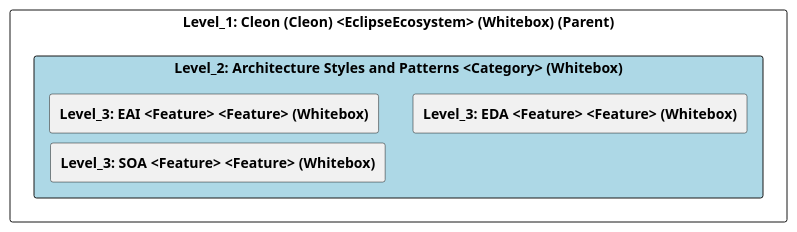
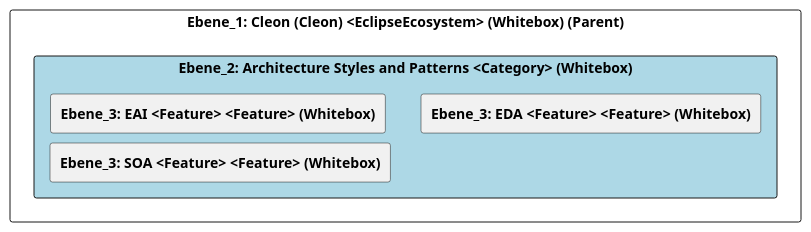
One commit to marcozwyssig/cleon changed the diagram in doc/cleonproject_deliverables_architecture_model_architecture/adoc/de/05_bausteinsicht/cleon/architecture_styles_and_patterns/ebene_2_architecture styles and patterns.adoc. Above: the diagram before and after it, drawn with PlantUML. The commit also changed other lines of this file and 258 other files, not shown here.

```diff
--- a/doc/cleonproject_deliverables_architecture_model_architecture/adoc/de/05_bausteinsicht/cleon/architecture_styles_and_patterns/ebene_2_architecture styles and patterns.adoc
+++ b/doc/cleonproject_deliverables_architecture_model_architecture/adoc/de/05_bausteinsicht/cleon/architecture_styles_and_patterns/ebene_2_architecture styles and patterns.adoc
@@ -24,26 +24,26 @@
-[plantuml, Level_2: Architecture Styles and Patterns <Category> (Whitebox)BlockOverview, format="svg"]
+[plantuml, Ebene_2: Architecture Styles and Patterns <Category> (Whitebox)BlockOverview, format="svg"]
 ----
-@startuml Level_2: Architecture Styles and Patterns <Category> (Whitebox)BuildingBlockOverview
+@startuml Ebene_2: Architecture Styles and Patterns <Category> (Whitebox)BuildingBlockOverview
 
 skinparam ranksep 10
 skinparam componentStyle rectangle
 skinparam shadowing false
 skinparam arrowColor lightblue
 skinparam arrowThickness 1.2
 skinparam rectangle {
   BackgroundColor White
   BorderColor #333
   RoundCorner 10
 }
 top to bottom direction
 
-component "Level_1: Cleon (Cleon) <EclipseEcosystem> (Whitebox) (Parent)" {
-    component "Level_2: Architecture Styles and Patterns <Category> (Whitebox)" #lightblue {
-        [**Level_3: EAI <Feature> <Feature> (Whitebox)**] as 49055818_D579_11EE_903E_9F564E4DE07E
-        [**Level_3: EDA <Feature> <Feature> (Whitebox)**] as 49057F3D_D579_11EE_903E_9F564E4DE07E
-        [**Level_3: SOA <Feature> <Feature> (Whitebox)**] as 4905A650_D579_11EE_903E_9F564E4DE07E
+component "Ebene_1: Cleon (Cleon) <EclipseEcosystem> (Whitebox) (Parent)" {
+    component "Ebene_2: Architecture Styles and Patterns <Category> (Whitebox)" #lightblue {
+        [**Ebene_3: EAI <Feature> <Feature> (Whitebox)**] as 49055818_D579_11EE_903E_9F564E4DE07E
+        [**Ebene_3: EDA <Feature> <Feature> (Whitebox)**] as 49057F3D_D579_11EE_903E_9F564E4DE07E
+        [**Ebene_3: SOA <Feature> <Feature> (Whitebox)**] as 4905A650_D579_11EE_903E_9F564E4DE07E
     }
 }
 
 @enduml
 ----
```
